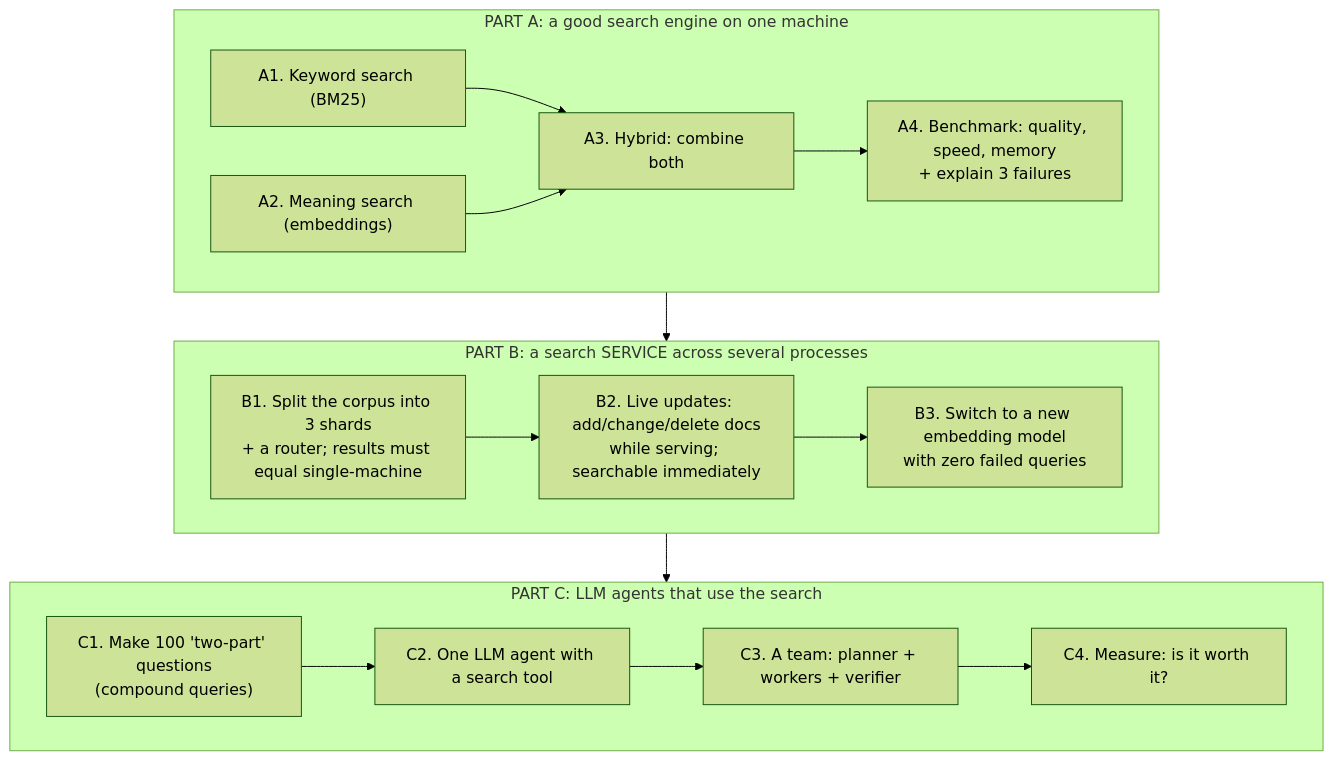
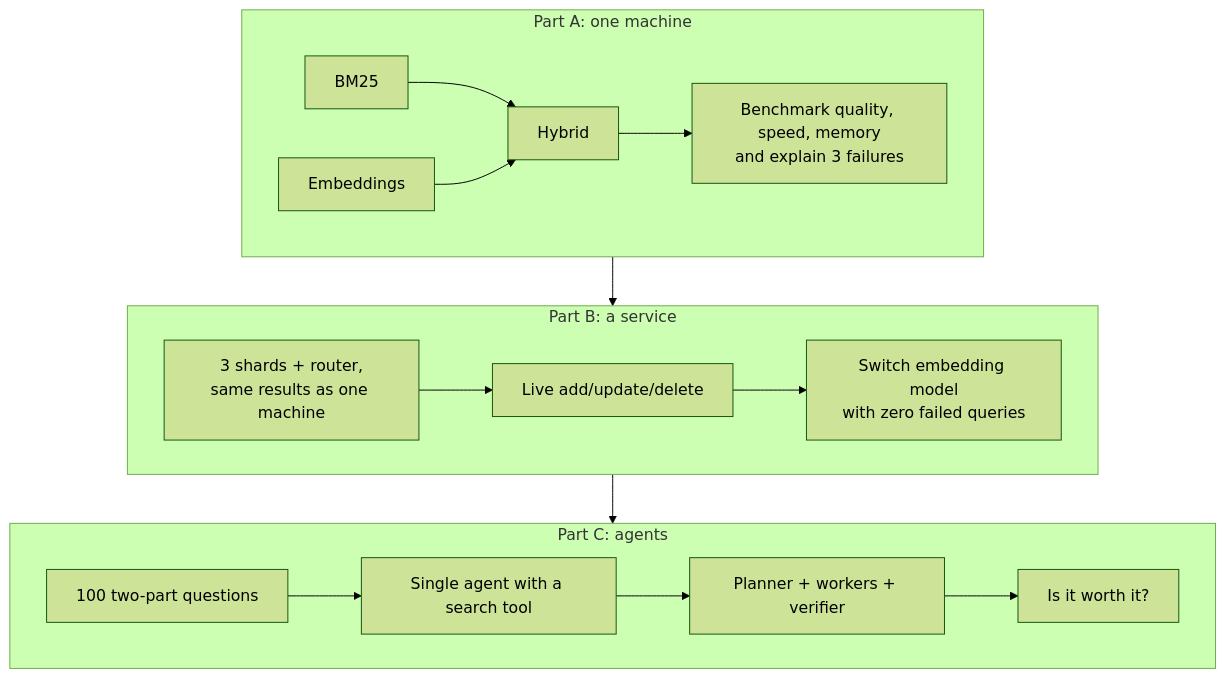
One commit to node31/fiqa-agentic-retrieval changed the sixth of 7 diagrams in docs/from_zero/01_the_problem_and_the_data.md. Above: the diagram before and after it, drawn with Mermaid (forest theme). The commit also changed other lines of this file and 9 other files, not shown here.

````diff
--- a/docs/from_zero/01_the_problem_and_the_data.md
+++ b/docs/from_zero/01_the_problem_and_the_data.md
@@ -212,19 +148,18 @@
 ```mermaid
 flowchart TB
-    subgraph A["PART A: a good search engine on one machine"]
-      A1["A1. Keyword search (BM25)"] --> A3
-      A2["A2. Meaning search (embeddings)"] --> A3
-      A3["A3. Hybrid: combine both"] --> A4["A4. Benchmark: quality, speed, memory<br/>+ explain 3 failures"]
+    subgraph A["Part A: one machine"]
+      A1["BM25"] --> A3["Hybrid"]
+      A2["Embeddings"] --> A3
+      A3 --> A4["Benchmark quality, speed, memory<br/>and explain 3 failures"]
     end
-    subgraph B["PART B: a search SERVICE across several processes"]
-      B1["B1. Split the corpus into 3 shards<br/>+ a router; results must equal single-machine"] --> B2
-      B2["B2. Live updates: add/change/delete docs<br/>while serving; searchable immediately"] --> B3
-      B3["B3. Switch to a new embedding model<br/>with zero failed queries"]
+    subgraph B["Part B: a service"]
+      B1["3 shards + router,<br/>same results as one machine"] --> B2["Live add/update/delete"]
+      B2 --> B3["Switch embedding model<br/>with zero failed queries"]
     end
-    subgraph C["PART C: LLM agents that use the search"]
-      C1["C1. Make 100 'two-part' questions<br/>(compound queries)"] --> C2
-      C2["C2. One LLM agent with a search tool"] --> C3
-      C3["C3. A team: planner + workers + verifier"] --> C4["C4. Measure: is it worth it?"]
+    subgraph C["Part C: agents"]
+      C1["100 two-part questions"] --> C2["Single agent with a search tool"]
+      C2 --> C3["Planner + workers + verifier"]
+      C3 --> C4["Is it worth it?"]
     end
     A --> B --> C
 ```
````
